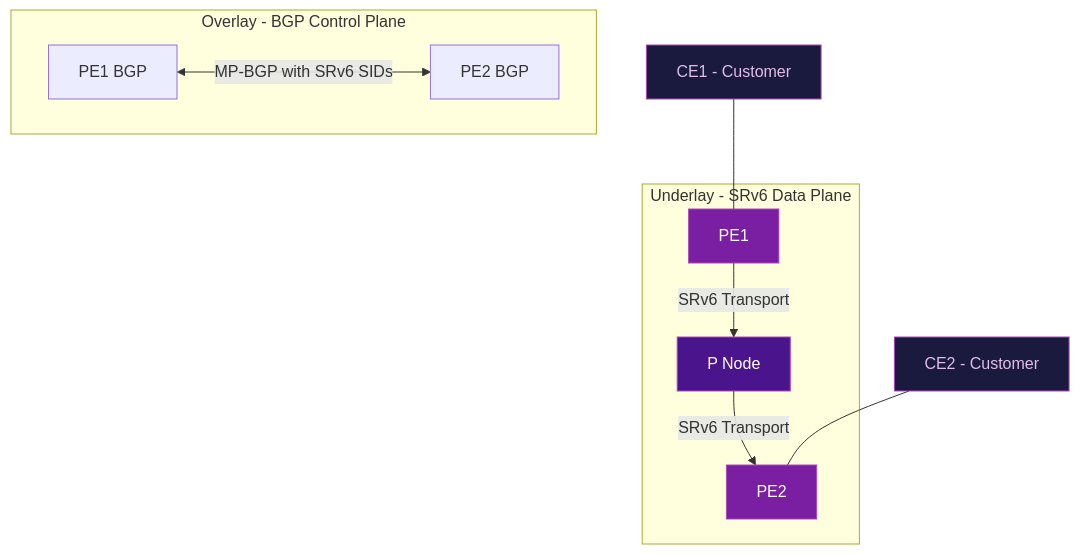
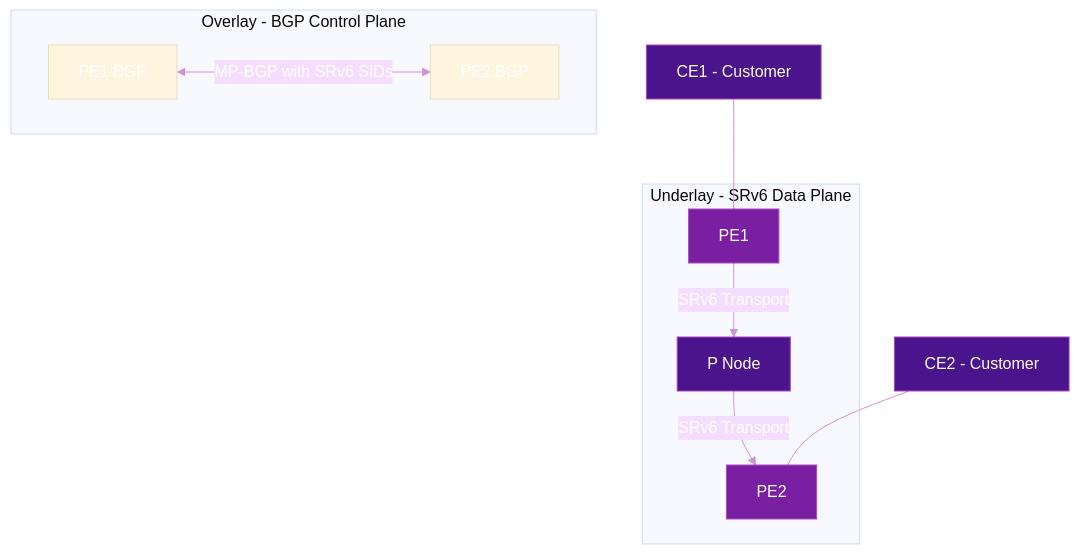
The diagram in docs/topics/bgp-overlay-services.md (eldaninavas/srv6.md), drawn with Mermaid before and after one commit. The commit also changed 26 other files, not shown here.

First line of the commit message:
fix: Mermaid diagram text visibility in light mode + categorize RFC nav

````diff
--- a/docs/topics/bgp-overlay-services.md
+++ b/docs/topics/bgp-overlay-services.md
@@ -18,20 +18,21 @@
 ```mermaid
+%%{init: {"theme": "base", "themeVariables": {"primaryTextColor": "#fff", "lineColor": "#ce93d8", "textColor": "#fff"}}}%%
 graph TB
     subgraph Overlay - BGP Control Plane
         BGP1[PE1 BGP] <-->|MP-BGP with SRv6 SIDs| BGP2[PE2 BGP]
     end
 
     subgraph Underlay - SRv6 Data Plane
         PE1[PE1] -->|SRv6 Transport| P1[P Node]
         P1 -->|SRv6 Transport| PE2[PE2]
     end
 
     CE1[CE1 - Customer] --- PE1
     CE2[CE2 - Customer] --- PE2
 
     style PE1 fill:#7b1fa2,color:#fff,stroke:#ab47bc
     style PE2 fill:#7b1fa2,color:#fff,stroke:#ab47bc
     style P1 fill:#4a148c,color:#fff,stroke:#ab47bc
-    style CE1 fill:#1a1a3e,color:#e1bee7,stroke:#ab47bc
-    style CE2 fill:#1a1a3e,color:#e1bee7,stroke:#ab47bc
+    style CE1 fill:#4a148c,color:#fff,stroke:#ab47bc
+    style CE2 fill:#4a148c,color:#fff,stroke:#ab47bc
 ```
````
